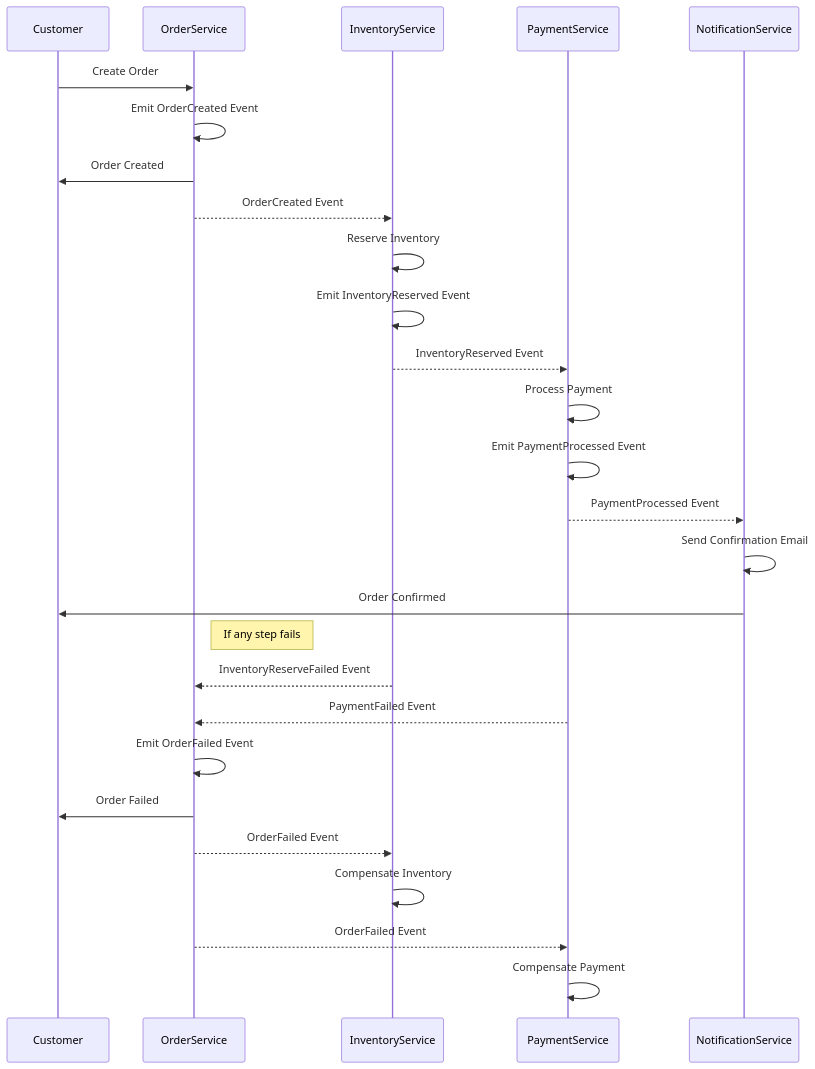
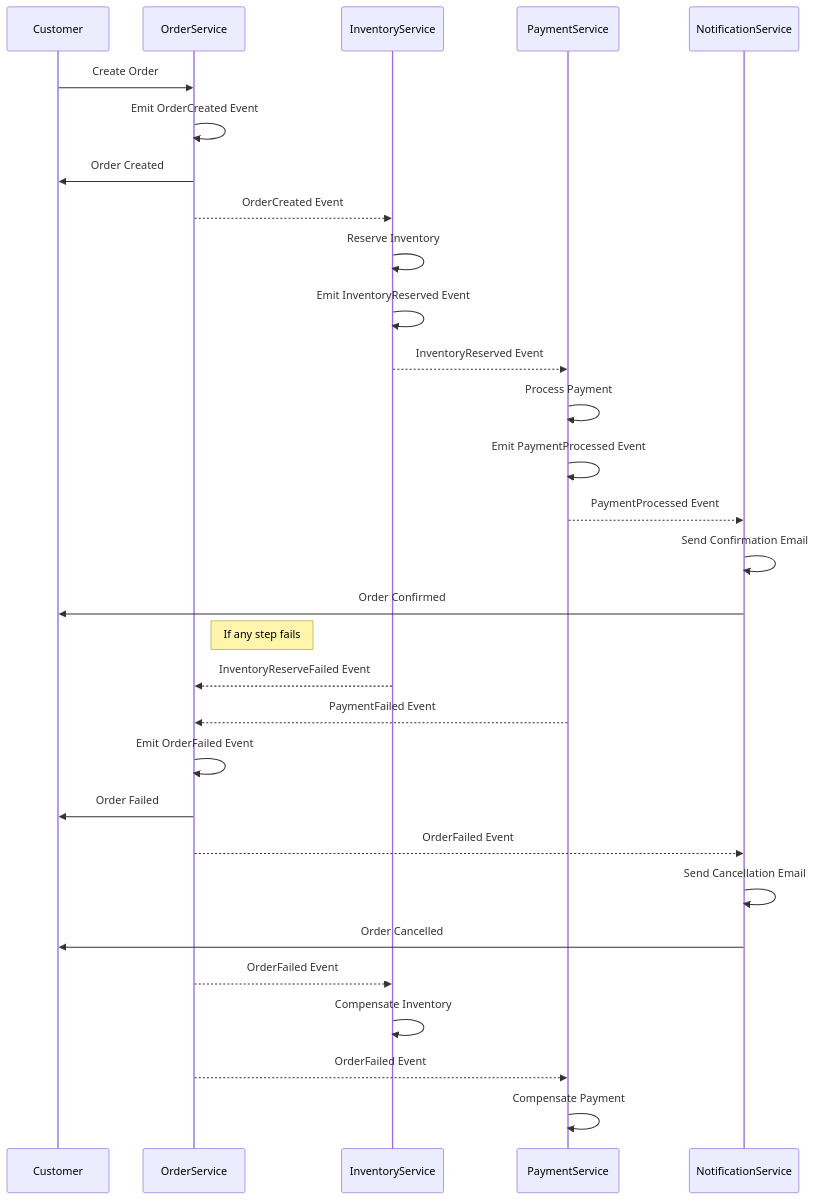
One commit to ericdaniel6166/spring-boot-microservices-eric6166 changed the first of 2 diagrams in README.md. Above: the diagram before and after it, drawn with Mermaid.

````diff
--- a/README.md
+++ b/README.md
@@ -7,37 +7,41 @@
 ```mermaid
 sequenceDiagram
     participant Customer
     participant OrderService
     participant InventoryService
     participant PaymentService
     participant NotificationService
 
     Customer->>OrderService: Create Order
     OrderService->>OrderService: Emit OrderCreated Event
     OrderService->>Customer: Order Created
 
     OrderService-->>InventoryService: OrderCreated Event
     InventoryService->>InventoryService: Reserve Inventory
     InventoryService->>InventoryService: Emit InventoryReserved Event
     InventoryService-->>PaymentService: InventoryReserved Event
 
     PaymentService->>PaymentService: Process Payment
     PaymentService->>PaymentService: Emit PaymentProcessed Event
     PaymentService-->>NotificationService: PaymentProcessed Event
 
     NotificationService->>NotificationService: Send Confirmation Email
     NotificationService->>Customer: Order Confirmed
 
     Note right of OrderService: If any step fails
 
     InventoryService-->>OrderService: InventoryReserveFailed Event
     PaymentService-->>OrderService: PaymentFailed Event
     OrderService->>OrderService: Emit OrderFailed Event
     OrderService->>Customer: Order Failed
+    OrderService-->>NotificationService: OrderFailed Event
+    NotificationService->>NotificationService: Send Cancellation Email
+    NotificationService->>Customer: Order Cancelled
 
     OrderService-->>InventoryService: OrderFailed Event
     InventoryService->>InventoryService: Compensate Inventory
 
     OrderService-->>PaymentService: OrderFailed Event
     PaymentService->>PaymentService: Compensate Payment
+
 ```
````
